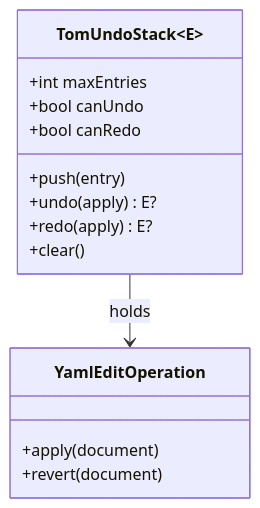
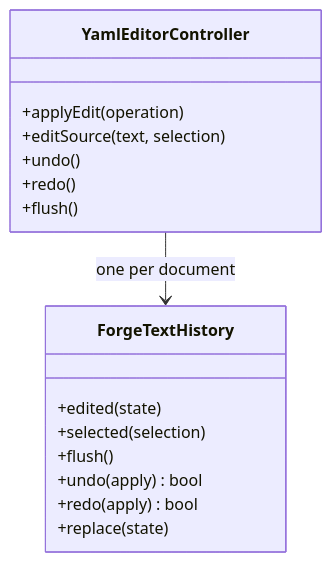
One commit to al-the-bear/tom_forge_modules changed the fifth of 19 diagrams in tom_yaml_editor/doc/yaml_editor_architecture_design.md. Above: the diagram before and after it, drawn with Mermaid. The commit also changed other lines of this file and 21 other files, not shown here.

````diff
--- a/tom_yaml_editor/doc/yaml_editor_architecture_design.md
+++ b/tom_yaml_editor/doc/yaml_editor_architecture_design.md
@@ -266,19 +289,19 @@
 ```mermaid
 classDiagram
-    class TomUndoStack~E~ {
-        +int maxEntries
-        +bool canUndo
-        +bool canRedo
-        +push(entry)
-        +undo(apply) E?
-        +redo(apply) E?
-        +clear()
+    class YamlEditorController {
+        +applyEdit(operation)
+        +editSource(text, selection)
+        +undo()
+        +redo()
+        +flush()
     }
-
-    class YamlEditOperation {
-        +apply(document)
-        +revert(document)
+    class ForgeTextHistory {
+        +edited(state)
+        +selected(selection)
+        +flush()
+        +undo(apply) bool
+        +redo(apply) bool
+        +replace(state)
     }
-
-    TomUndoStack --> YamlEditOperation : holds
+    YamlEditorController --> ForgeTextHistory : one per document
 ```
````
